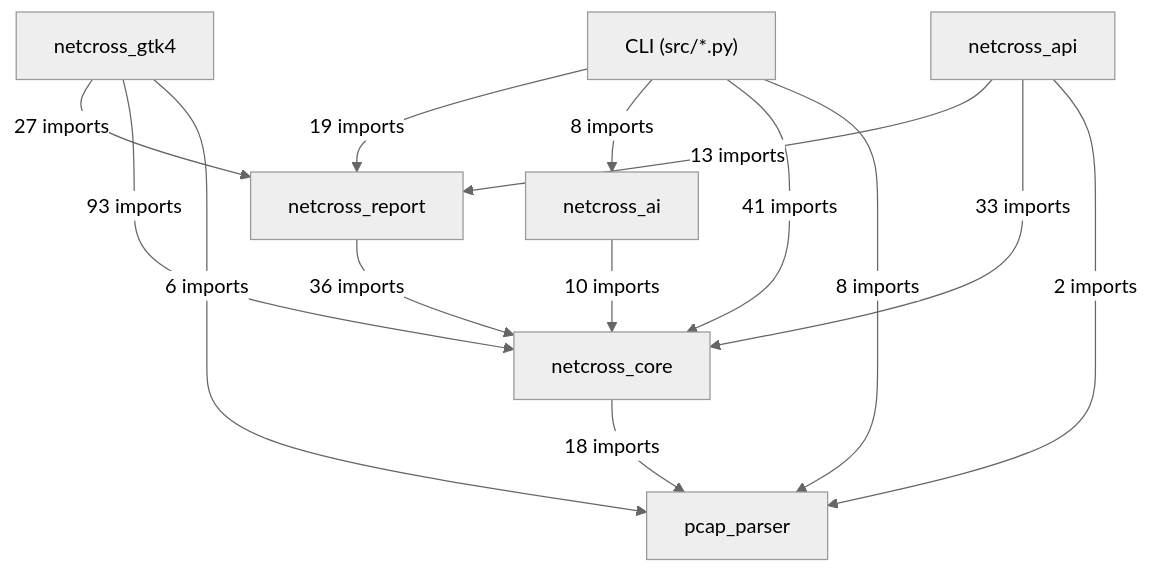
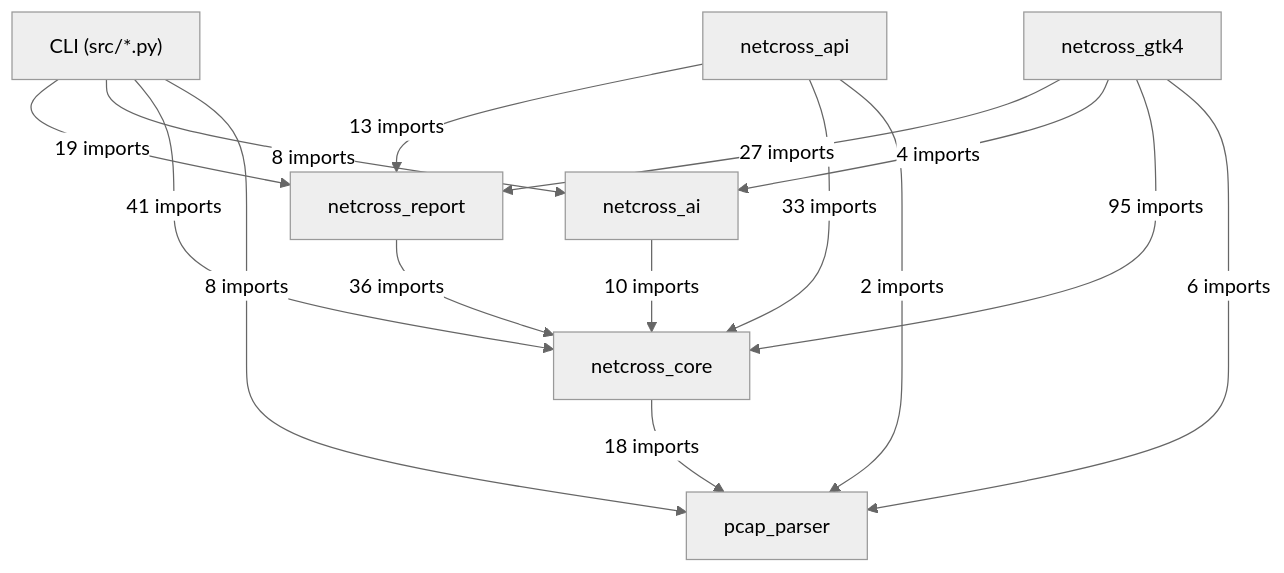
One commit to Mathide-Team/Netcross changed the first of 19 diagrams in docs/class-diagram.md. Above: the diagram before and after it, drawn with Mermaid (neutral theme). The commit also changed other lines of this file and 7 other files, not shown here.

````diff
--- a/docs/class-diagram.md
+++ b/docs/class-diagram.md
@@ -26,23 +26,24 @@
 ```mermaid
 flowchart TD
     CLI["CLI (src/*.py)"]
     netcross_gtk4["netcross_gtk4"]
     netcross_api["netcross_api"]
     netcross_report["netcross_report"]
     netcross_ai["netcross_ai"]
     netcross_core["netcross_core"]
     pcap_parser["pcap_parser"]
     CLI -->|"19 imports"| netcross_report
     CLI -->|"8 imports"| netcross_ai
     CLI -->|"41 imports"| netcross_core
     CLI -->|"8 imports"| pcap_parser
     netcross_gtk4 -->|"27 imports"| netcross_report
-    netcross_gtk4 -->|"93 imports"| netcross_core
+    netcross_gtk4 -->|"4 imports"| netcross_ai
+    netcross_gtk4 -->|"95 imports"| netcross_core
     netcross_gtk4 -->|"6 imports"| pcap_parser
     netcross_api -->|"13 imports"| netcross_report
     netcross_api -->|"33 imports"| netcross_core
     netcross_api -->|"2 imports"| pcap_parser
     netcross_report -->|"36 imports"| netcross_core
     netcross_ai -->|"10 imports"| netcross_core
     netcross_core -->|"18 imports"| pcap_parser
 ```
````
